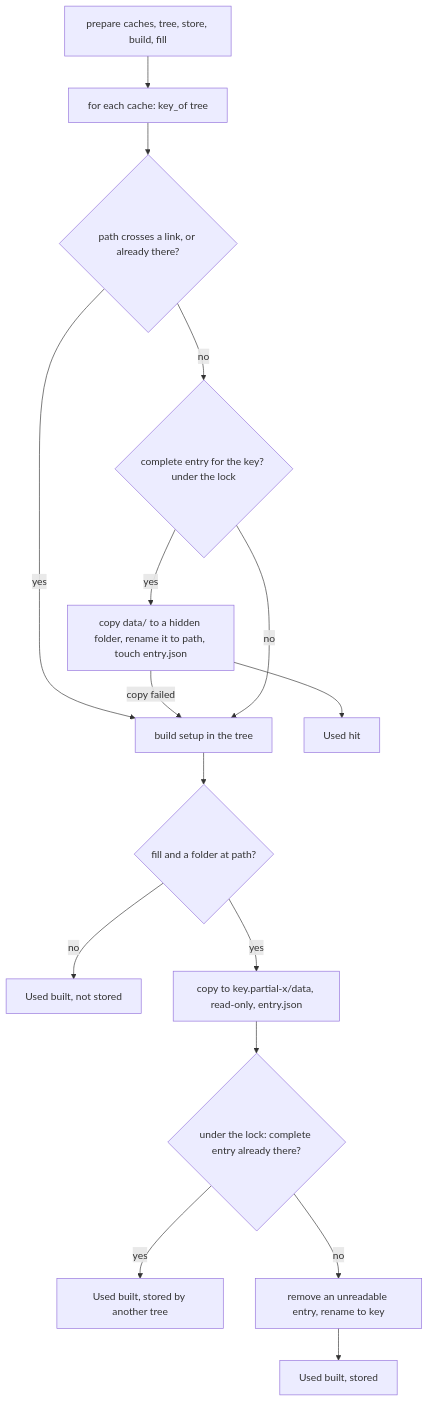
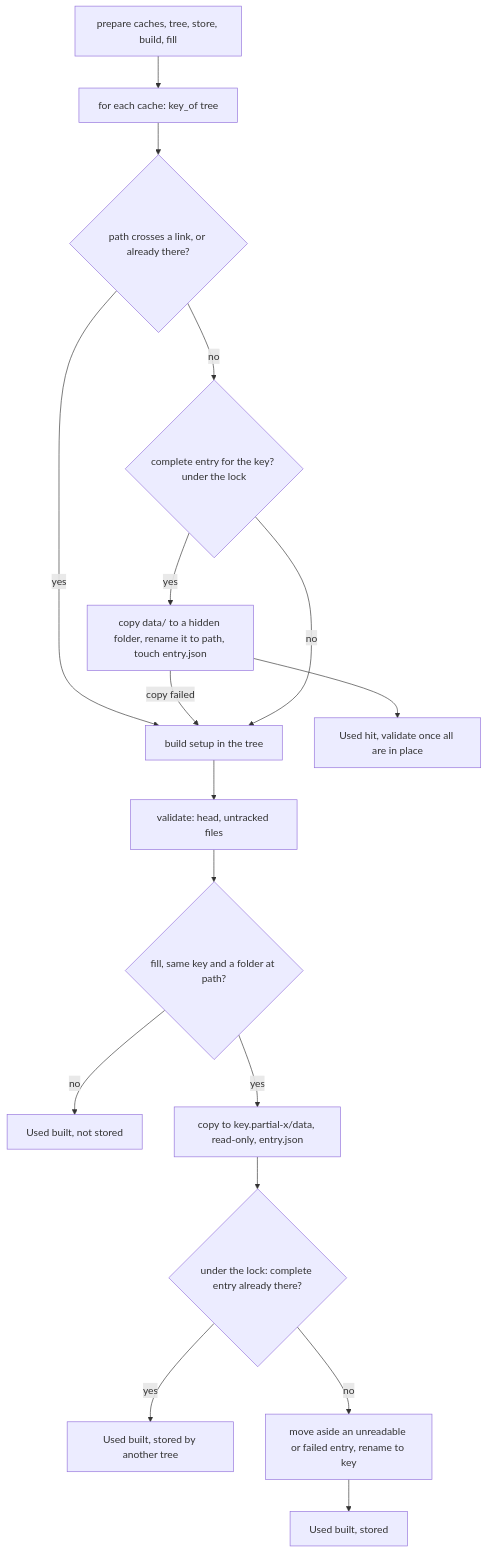
The first of 3 diagrams in docs/architecture/modules/cache.md (plaplanche/ariane), drawn with Mermaid before and after one commit. The commit also changed other lines of this file and 7 other files, not shown here.

````diff
--- a/docs/architecture/modules/cache.md
+++ b/docs/architecture/modules/cache.md
@@ -38,18 +39,19 @@
 ```mermaid
 flowchart TD
   A[prepare caches, tree, store, build, fill] --> B[for each cache: key_of tree]
   B --> P{path crosses a link, or already there?}
   P -- yes --> E
   P -- no --> C{complete entry for the key? under the lock}
   C -- yes --> D[copy data/ to a hidden folder, rename it to path, touch entry.json]
   D -- copy failed --> E
-  D --> H[Used hit]
+  D --> H[Used hit, validate once all are in place]
   C -- no --> E[build setup in the tree]
-  E --> F{fill and a folder at path?}
+  E --> V[validate: head, untracked files]
+  V --> F{fill, same key and a folder at path?}
   F -- no --> G[Used built, not stored]
   F -- yes --> I[copy to key.partial-x/data, read-only, entry.json]
   I --> L{under the lock: complete entry already there?}
   L -- yes --> M[Used built, stored by another tree]
-  L -- no --> J[remove an unreadable entry, rename to key]
+  L -- no --> J[move aside an unreadable or failed entry, rename to key]
   J --> K[Used built, stored]
 ```
````
